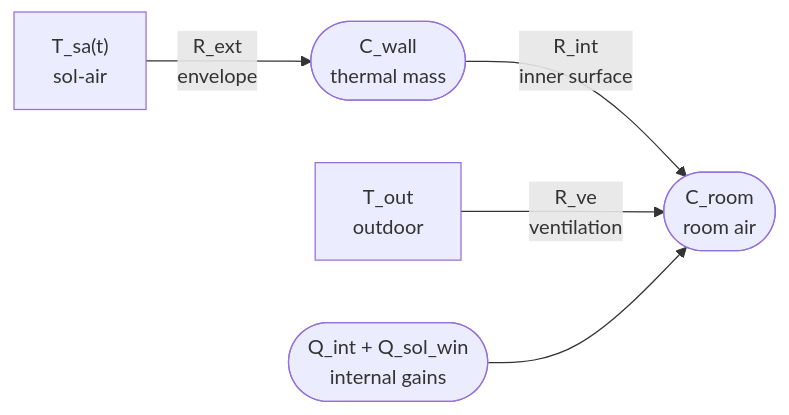
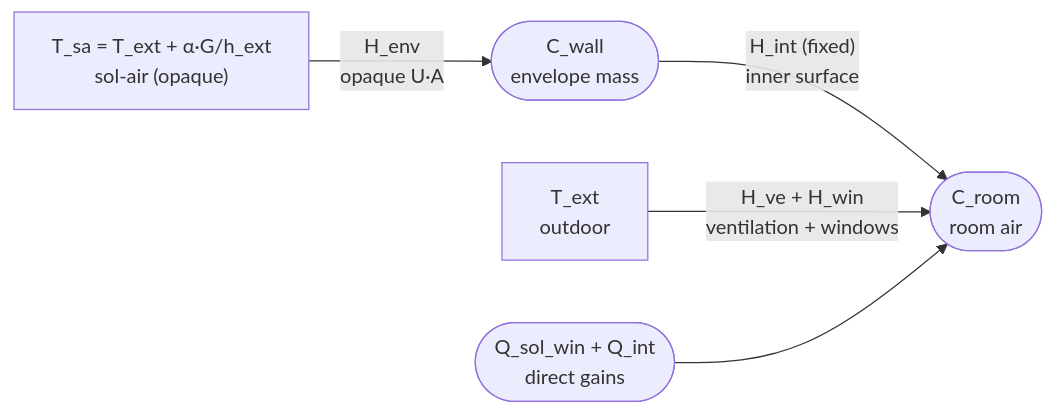
One commit to xdze2/thermogram changed the diagram in README.md. Above: the diagram before and after it, drawn with Mermaid. The commit also changed other lines of this file and 8 other files, not shown here.

````diff
--- a/README.md
+++ b/README.md
@@ -20,11 +22,11 @@
 ```mermaid
 graph LR
-    Tsa["T_sa(t)<br/>sol-air"]
-    Tout["T_out<br/>outdoor"]
-    Qint(["Q_int + Q_sol_win<br/>internal gains"])
+    Tsa["T_sa = T_ext + α·G/h_ext<br/>sol-air (opaque)"]
+    Tout["T_ext<br/>outdoor"]
+    Qroom(["Q_sol_win + Q_int<br/>direct gains"])
 
-    Tsa -->|"R_ext<br/>envelope"| Cwall(["C_wall<br/>thermal mass"])
-    Cwall -->|"R_int<br/>inner surface"| Croom(["C_room<br/>room air"])
-    Tout -->|"R_ve<br/>ventilation"| Croom
-    Qint --> Croom
+    Tsa  -->|"H_env<br/>opaque U·A"| Cwall(["C_wall<br/>envelope mass"])
+    Cwall -->|"H_int (fixed)<br/>inner surface"| Croom(["C_room<br/>room air"])
+    Tout -->|"H_ve + H_win<br/>ventilation + windows"| Croom
+    Qroom --> Croom
 ```
````
